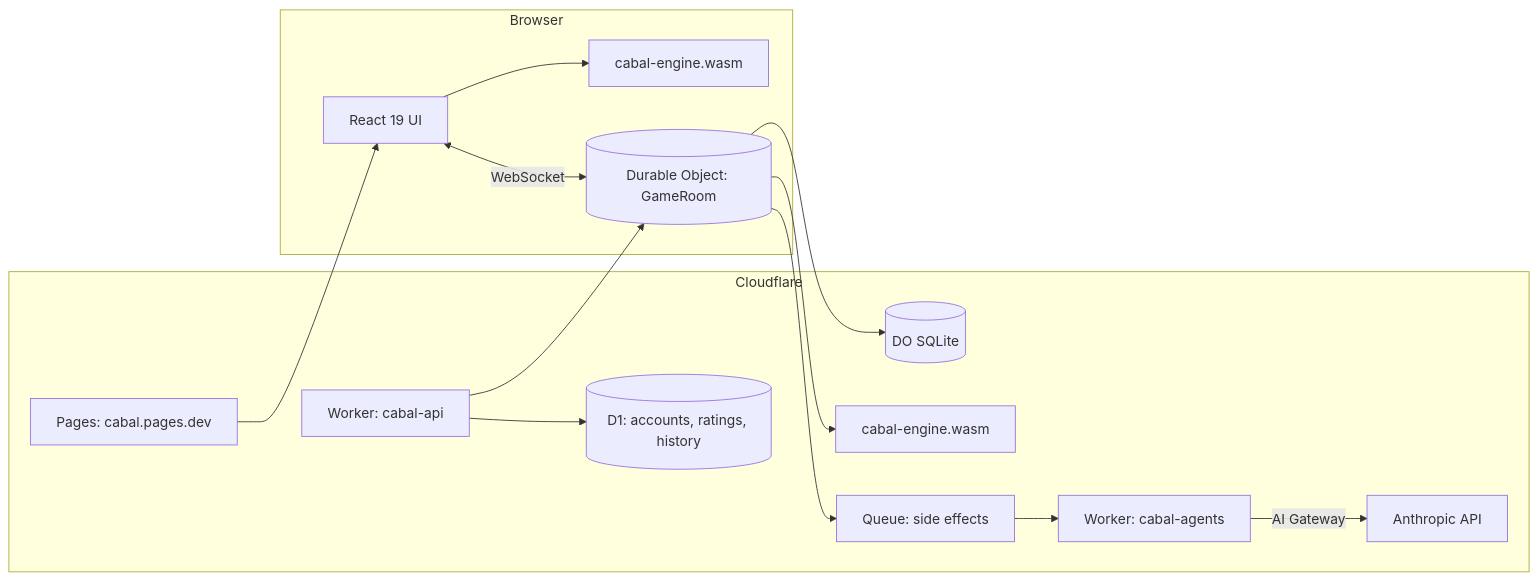
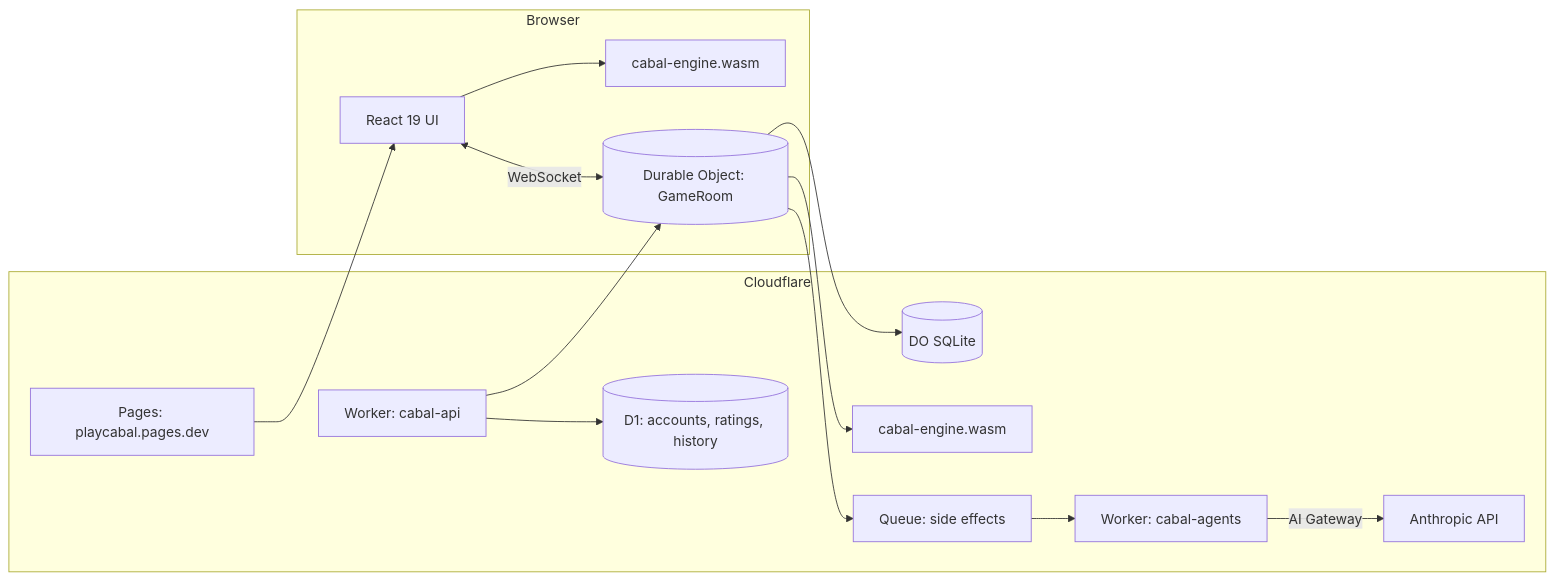
Before and after one commit to KarthikSubramanian07/Cabal: the diagram in docs/PLAN.md, drawn with Mermaid. The commit also changed other lines of this file and 3 other files, not shown here.

First line of the commit message:
chore: deploy the web app to playcabal.pages.dev

````diff
--- a/docs/PLAN.md
+++ b/docs/PLAN.md
@@ -60,17 +60,17 @@
 ```mermaid
 flowchart LR
   subgraph Browser
     UI[React 19 UI] --> WASM[cabal-engine.wasm]
     UI <-->|WebSocket| DO
   end
   subgraph Cloudflare
-    Pages[Pages: cabal.pages.dev] --> UI
+    Pages[Pages: playcabal.pages.dev] --> UI
     API[Worker: cabal-api] --> DO[(Durable Object: GameRoom)]
     DO --> SQL[(DO SQLite)]
     DO --> WASM2[cabal-engine.wasm]
     API --> D1[(D1: accounts, ratings, history)]
     DO --> Q[Queue: side effects]
     Q --> Agents[Worker: cabal-agents]
     Agents -->|AI Gateway| Claude[Anthropic API]
   end
 ```
````
